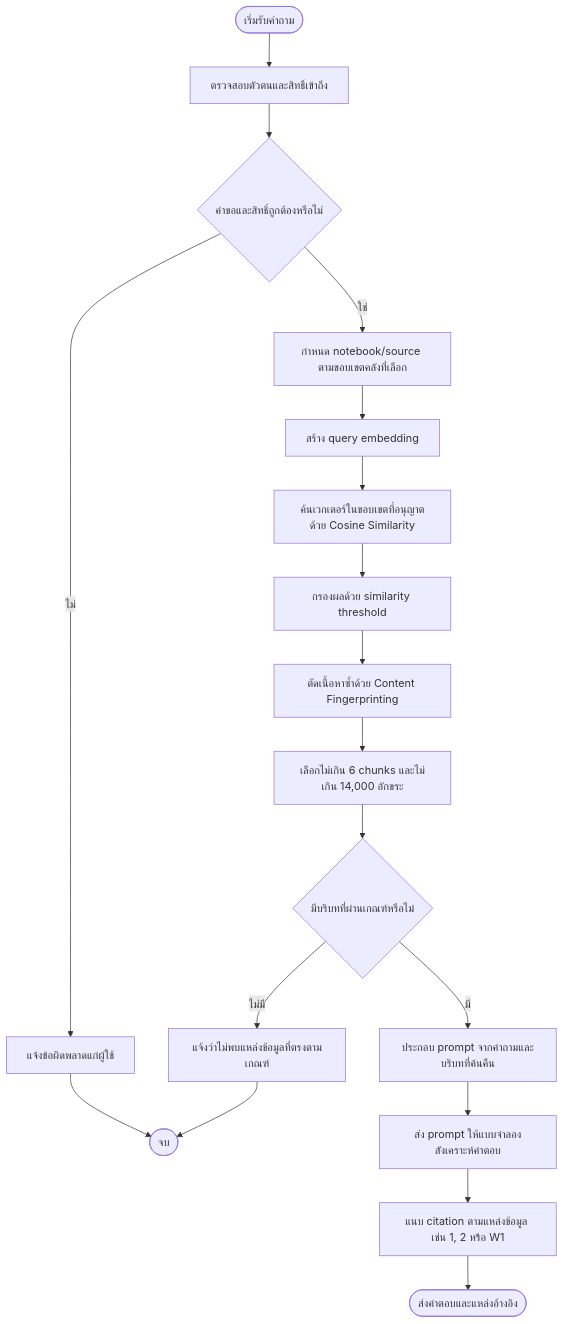
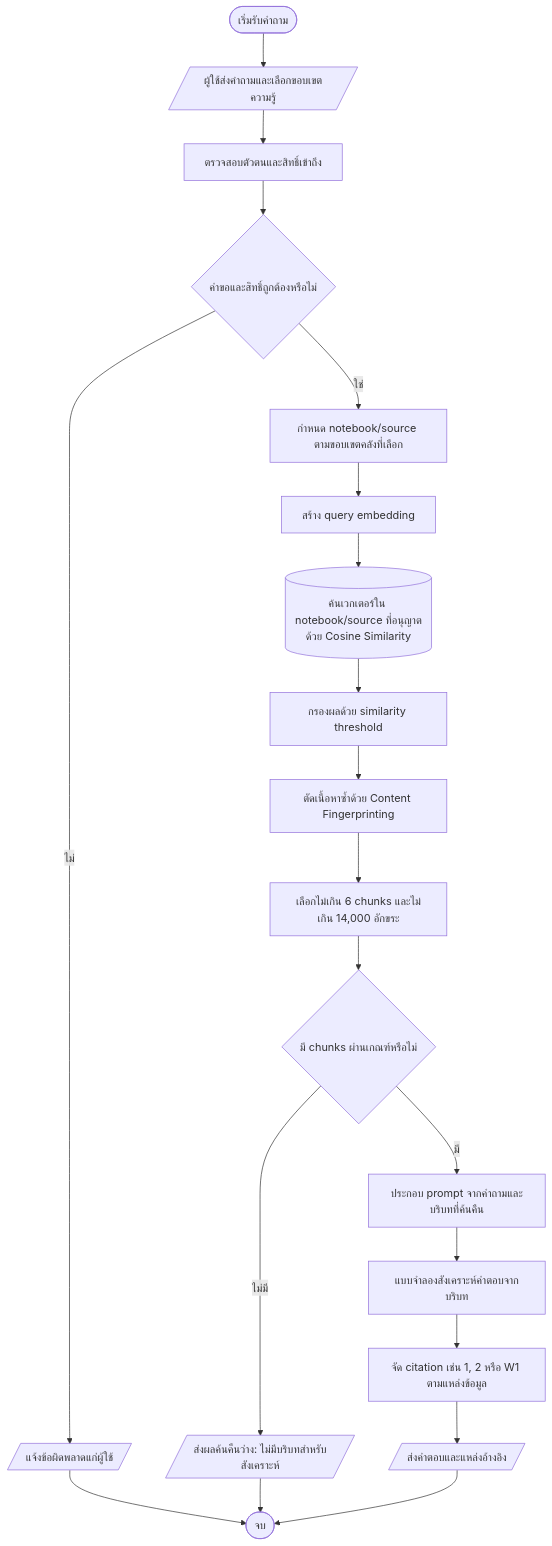
Before and after one commit to phuwishpk/LSP-SIET: the second of 3 diagrams in docs-Tisit/บทที่ 3/section_3_4_kmitl_rag_ai.md, drawn with Mermaid. The commit also changed other lines of this file and 1 other file, not shown here.

Commit message:
feat: update flowcharts and documentation for community and KMITL RAG AI systems; enhance clarity and detail in processes

````diff
--- a/docs-Tisit/บทที่ 3/section_3_4_kmitl_rag_ai.md
+++ b/docs-Tisit/บทที่ 3/section_3_4_kmitl_rag_ai.md
@@ -51,20 +54,22 @@
 ```mermaid
 flowchart TD
-    A([เริ่มรับคำถาม]) --> B[ตรวจสอบตัวตนและสิทธิ์เข้าถึง]
-    B --> C{คำขอและสิทธิ์ถูกต้องหรือไม่}
-    C -- ไม่ --> X1[แจ้งข้อผิดพลาดแก่ผู้ใช้]
-    C -- ใช่ --> D[กำหนด notebook/source ตามขอบเขตคลังที่เลือก]
-    D --> E[สร้าง query embedding]
-    E --> F[ค้นเวกเตอร์ในขอบเขตที่อนุญาตด้วย Cosine Similarity]
-    F --> G[กรองผลด้วย similarity threshold]
-    G --> H[ตัดเนื้อหาซ้ำด้วย Content Fingerprinting]
-    H --> I[เลือกไม่เกิน 6 chunks และไม่เกิน 14,000 อักขระ]
-    I --> J{มีบริบทที่ผ่านเกณฑ์หรือไม่}
-    J -- ไม่มี --> X2[แจ้งว่าไม่พบแหล่งข้อมูลที่ตรงตามเกณฑ์]
-    J -- มี --> K[ประกอบ prompt จากคำถามและบริบทที่ค้นคืน]
-    K --> L[ส่ง prompt ให้แบบจำลองสังเคราะห์คำตอบ]
-    L --> M[แนบ citation ตามแหล่งข้อมูล เช่น 1, 2 หรือ W1]
-    M --> N([ส่งคำตอบและแหล่งอ้างอิง])
-    X1 --> O([จบ])
-    X2 --> O
+    A([เริ่มรับคำถาม]) --> B[/ผู้ใช้ส่งคำถามและเลือกขอบเขตความรู้/]
+    B --> C[ตรวจสอบตัวตนและสิทธิ์เข้าถึง]
+    C --> D{คำขอและสิทธิ์ถูกต้องหรือไม่}
+    D -- ไม่ --> X1[/แจ้งข้อผิดพลาดแก่ผู้ใช้/]
+    D -- ใช่ --> E[กำหนด notebook/source ตามขอบเขตคลังที่เลือก]
+    E --> F[สร้าง query embedding]
+    F --> G[(ค้นเวกเตอร์ใน notebook/source ที่อนุญาตด้วย Cosine Similarity)]
+    G --> H[กรองผลด้วย similarity threshold]
+    H --> I[ตัดเนื้อหาซ้ำด้วย Content Fingerprinting]
+    I --> J[เลือกไม่เกิน 6 chunks และไม่เกิน 14,000 อักขระ]
+    J --> K{มี chunks ผ่านเกณฑ์หรือไม่}
+    K -- ไม่มี --> X2[/ส่งผลค้นคืนว่าง: ไม่มีบริบทสำหรับสังเคราะห์/]
+    K -- มี --> L[ประกอบ prompt จากคำถามและบริบทที่ค้นคืน]
+    L --> M[แบบจำลองสังเคราะห์คำตอบจากบริบท]
+    M --> N[จัด citation เช่น 1, 2 หรือ W1 ตามแหล่งข้อมูล]
+    N --> O[/ส่งคำตอบและแหล่งอ้างอิง/]
+    X1 --> P([จบ])
+    X2 --> P
+    O --> P
 ```
````
